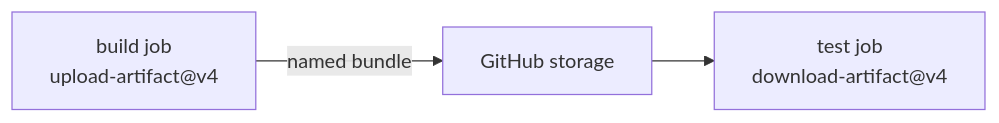
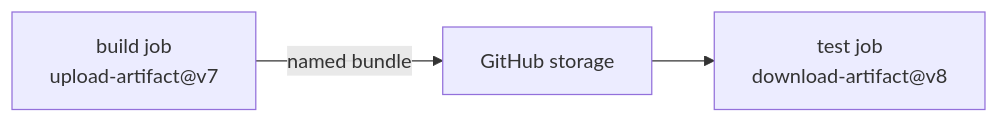
One commit to Prasanna-Cloudengineer/GithubActions changed diagram 14 of 19 in README.md. Above: the diagram before and after it, drawn with Mermaid. The commit also changed other lines of this file and 19 other files, not shown here.

````diff
--- a/README.md
+++ b/README.md
@@ -764,5 +764,5 @@
 ```mermaid
 flowchart LR
-    B["build job<br/>upload-artifact@v4"] -->|"named bundle"| Store["GitHub storage"]
-    Store --> T["test job<br/>download-artifact@v4"]
+    B["build job<br/>upload-artifact@v7"] -->|"named bundle"| Store["GitHub storage"]
+    Store --> T["test job<br/>download-artifact@v8"]
 ```
````
